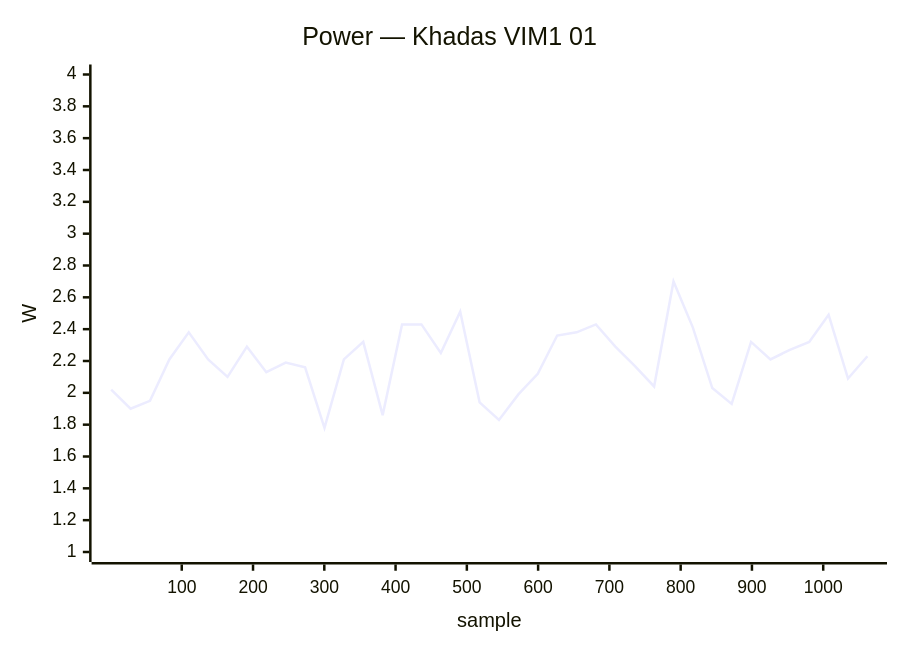
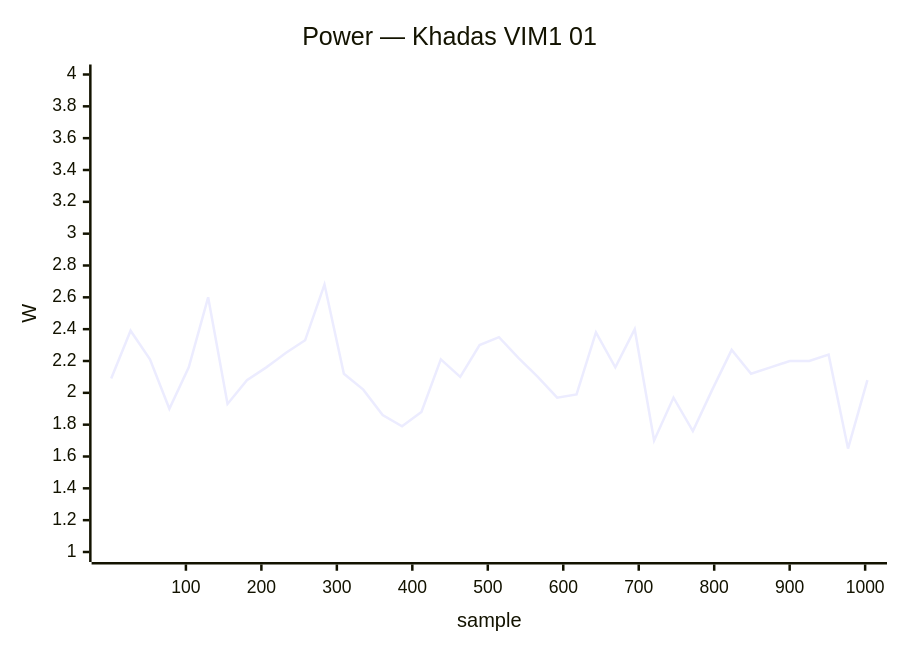
Before and after one commit to armbian/documentation: diagram 17 of 41 in docs/status/board-tests.md, drawn with Mermaid. The commit also changed other lines of this file, not shown here.

````diff
--- a/docs/status/board-tests.md
+++ b/docs/status/board-tests.md
@@ -655,7 +720,7 @@
 ```mermaid
 xychart-beta
     title "Power — Khadas VIM1 01"
-    x-axis "sample" 1 --> 1062
+    x-axis "sample" 1 --> 1003
     y-axis "W" 1.0 --> 4.0
-    line [2.02, 1.90, 1.95, 2.21, 2.38, 2.21, 2.10, 2.29, 2.13, 2.19, 2.16, 1.78, 2.21, 2.32, 1.86, 2.43, 2.43, 2.25, 2.51, 1.94, 1.83, 1.99, 2.12, 2.36, 2.38, 2.43, 2.29, 2.17, 2.04, 2.70, 2.41, 2.03, 1.93, 2.32, 2.21, 2.27, 2.32, 2.49, 2.09, 2.23]
+    line [2.09, 2.39, 2.21, 1.90, 2.16, 2.60, 1.93, 2.08, 2.16, 2.25, 2.33, 2.68, 2.12, 2.02, 1.86, 1.79, 1.88, 2.21, 2.10, 2.30, 2.35, 2.22, 2.10, 1.97, 1.99, 2.38, 2.16, 2.40, 1.70, 1.97, 1.76, 2.02, 2.27, 2.12, 2.16, 2.20, 2.20, 2.24, 1.65, 2.08]
 ```
````
